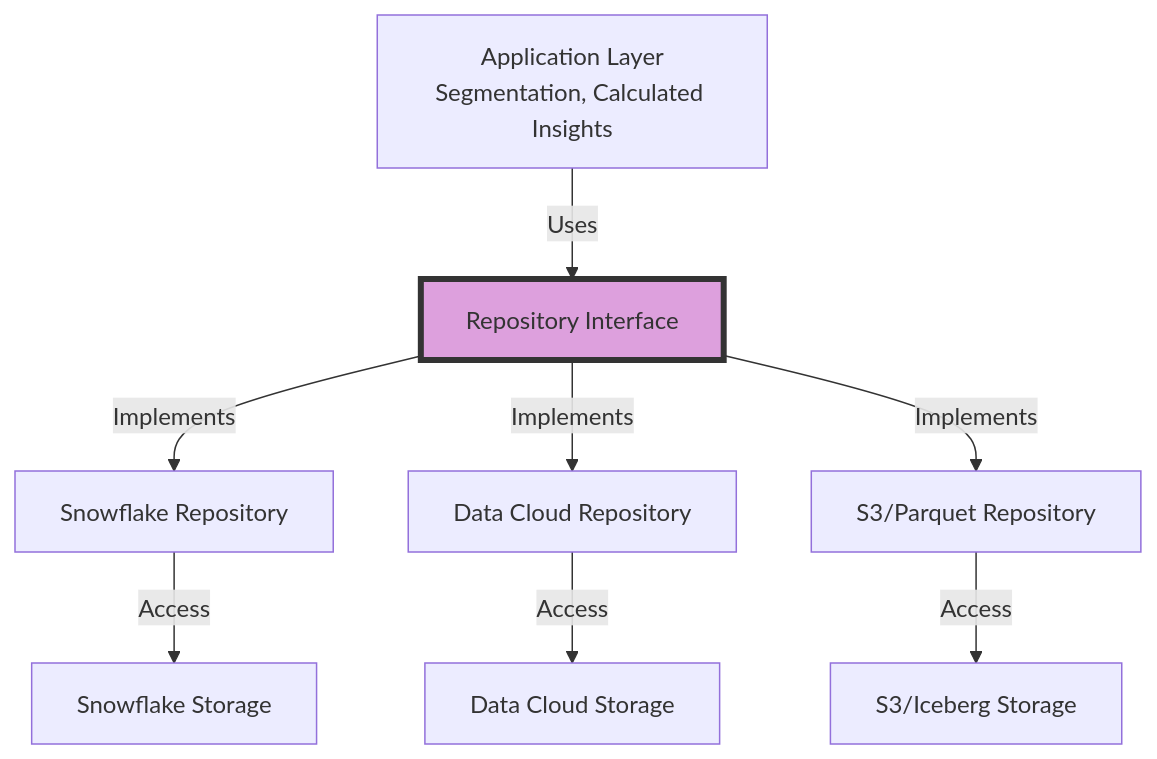
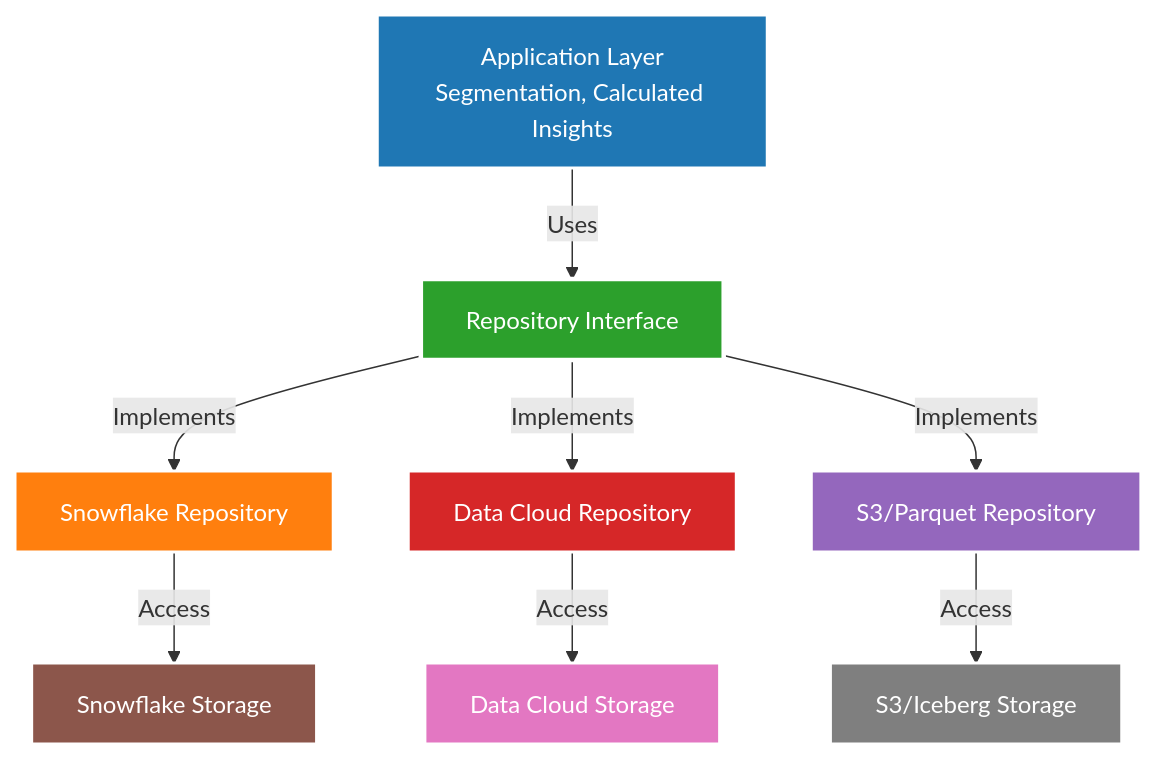
One commit to arupsarkar-sfdc/Misc changed diagram 19 of 20 in README_DataCloud_Patterns_Data_Examples.md. Above: the diagram before and after it, drawn with Mermaid. The commit also changed other lines of this file and 1 other file, not shown here.

````diff
--- a/README_DataCloud_Patterns_Data_Examples.md
+++ b/README_DataCloud_Patterns_Data_Examples.md
@@ -4005,14 +5819,21 @@
 ```mermaid
 graph TB
     App[Application Layer<br/>Segmentation, Calculated Insights] -->|Uses| Repo[Repository Interface]
     
     Repo -->|Implements| SF[Snowflake Repository]
     Repo -->|Implements| DC[Data Cloud Repository]
     Repo -->|Implements| S3[S3/Parquet Repository]
     
     SF -->|Access| SFData[Snowflake Storage]
     DC -->|Access| DCData[Data Cloud Storage]
     S3 -->|Access| S3Data[S3/Iceberg Storage]
     
-    style Repo fill:#DDA0DD,stroke:#333,stroke-width:4px
+    style App fill:#1f77b4,stroke:#ffffff,stroke-width:2px,color:#ffffff
+    style Repo fill:#2ca02c,stroke:#ffffff,stroke-width:3px,color:#ffffff
+    style SF fill:#ff7f0e,stroke:#ffffff,stroke-width:2px,color:#ffffff
+    style DC fill:#d62728,stroke:#ffffff,stroke-width:2px,color:#ffffff
+    style S3 fill:#9467bd,stroke:#ffffff,stroke-width:2px,color:#ffffff
+    style SFData fill:#8c564b,stroke:#ffffff,stroke-width:2px,color:#ffffff
+    style DCData fill:#e377c2,stroke:#ffffff,stroke-width:2px,color:#ffffff
+    style S3Data fill:#7f7f7f,stroke:#ffffff,stroke-width:2px,color:#ffffff
 ```
````
